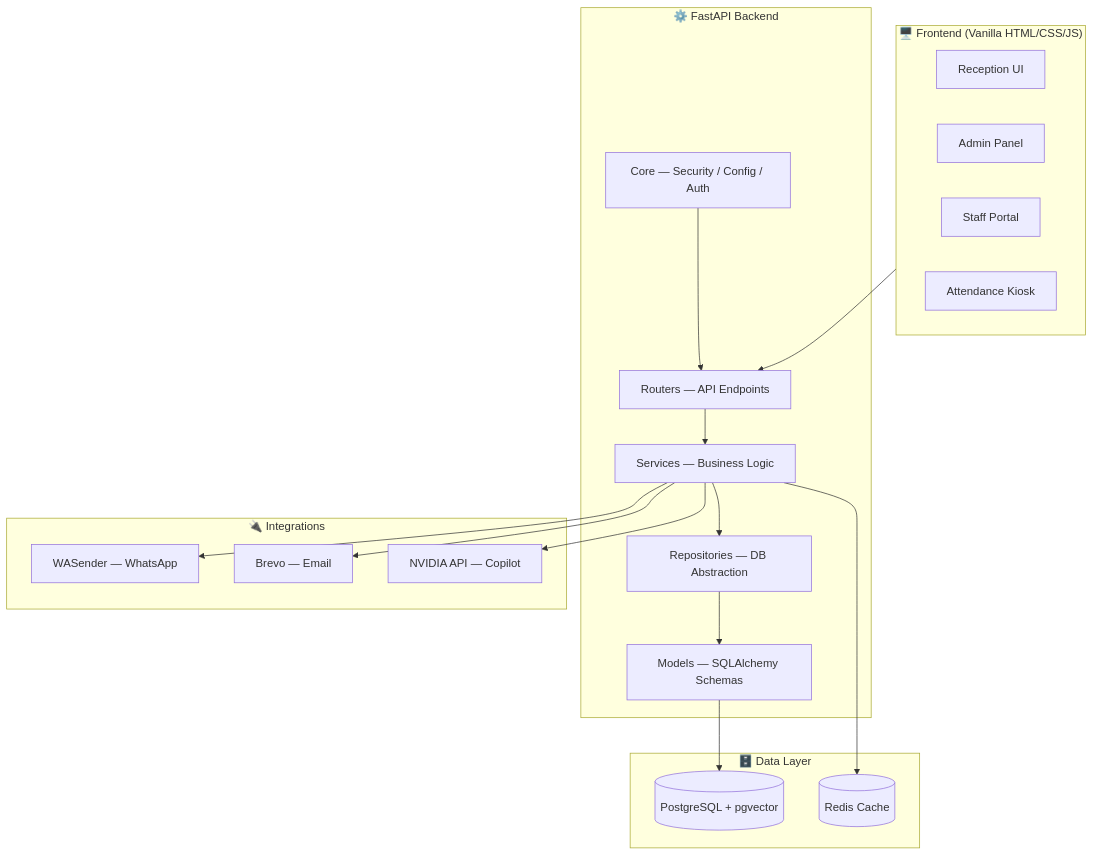
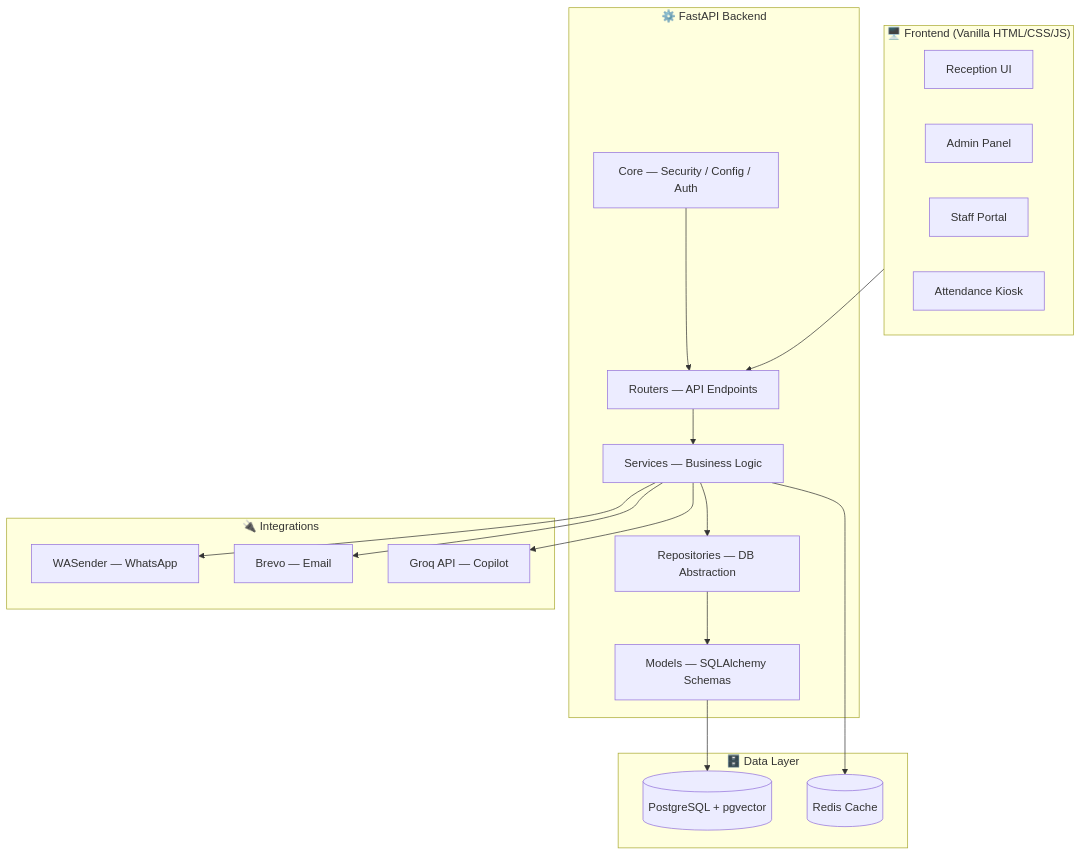
One commit to Kunal9608/Akriti changed the first of 2 diagrams in README.md. Above: the diagram before and after it, drawn with Mermaid. The commit also changed other lines of this file and 2 other files, not shown here.

Commit message:
docs: Detailed README update, remove unused files, update env.example for Groq

````diff
--- a/README.md
+++ b/README.md
@@ -85,35 +100,35 @@
 ```mermaid
 flowchart TB
     subgraph Frontend["🖥️ Frontend (Vanilla HTML/CSS/JS)"]
         R[Reception UI]
         A[Admin Panel]
         S[Staff Portal]
         K[Attendance Kiosk]
     end
 
     subgraph Backend["⚙️ FastAPI Backend"]
         RT[Routers — API Endpoints]
         SV[Services — Business Logic]
         RP[Repositories — DB Abstraction]
         MD[Models — SQLAlchemy Schemas]
         CR[Core — Security / Config / Auth]
     end
 
     subgraph Data["🗄️ Data Layer"]
         PG[(PostgreSQL + pgvector)]
         RD[(Redis Cache)]
     end
 
     subgraph External["🔌 Integrations"]
         WA[WASender — WhatsApp]
         BR[Brevo — Email]
-        AI[NVIDIA API — Copilot]
+        AI[Groq API — Copilot]
     end
 
     Frontend --> RT --> SV --> RP --> MD --> PG
     SV --> RD
     SV --> WA
     SV --> BR
     SV --> AI
     CR --> RT
 ```
````
